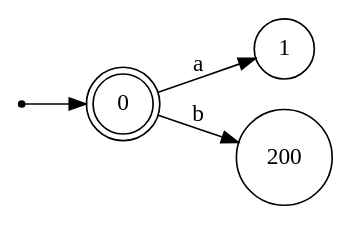
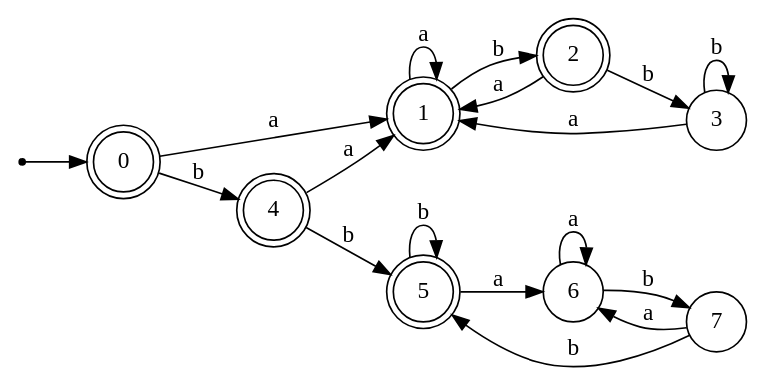
The third of 5 diagrams in Практика/РК1/Варианты/Вариант 4.md (HumsterProgrammer/iu9-tfl-practice), drawn with Graphviz before and after one commit. The commit also changed other lines of this file, not shown here.

````diff
--- a/Практика/РК1/Варианты/Вариант 4.md
+++ b/Практика/РК1/Варианты/Вариант 4.md
@@ -131,14 +131,29 @@
 ```dot
 digraph{
 	rankdir=LR
 	node[shape=circle]
 	point[shape=point]
-	0[shape=doublecircle]
+	0,1,2,4,5[shape=doublecircle]
 	
 	point -> 0
 	
-	0 -> 1[label=a]
+	0 -> 1 [label=a]
+	1 -> 1 [label=a]
+	1 -> 2 [label=b]
+	2 -> 3 [label=b]
+	2 -> 1 [label=a]
+	3 -> 3 [label=b]
+	3 -> 1 [label=a]
 	
-	0 -> 200[label=b]
+	0 -> 4 [label=b]
+	4 -> 1 [label=a]
+	4 -> 5 [label=b]
+	5 -> 5 [label=b]
+	5 -> 6 [label=a]
+	
+	6 -> 6 [label=a]
+	6 -> 7 [label=b]
+	7 -> 6 [label=a]
+	7 -> 5 [label=b]
 }
 ```
````
